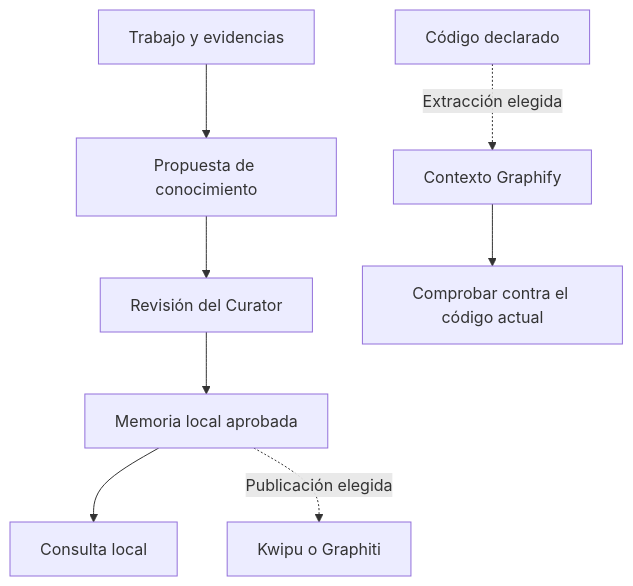
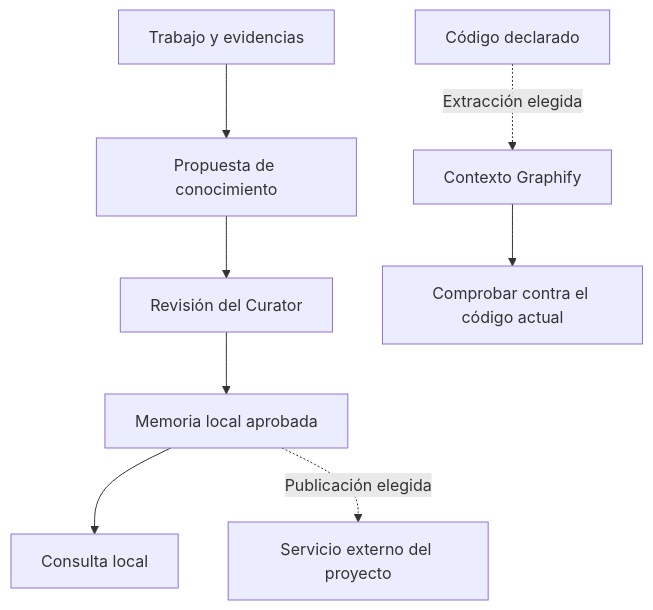
Before and after one commit to daycry/custom-agents: the first of 4 diagrams in docs/guides/memory.md, drawn with Mermaid. The commit also changed other lines of this file and 60 other files, not shown here.

````diff
--- a/docs/guides/memory.md
+++ b/docs/guides/memory.md
@@ -33,10 +33,10 @@
 ```mermaid
 flowchart TD
     A[Trabajo y evidencias] --> B[Propuesta de conocimiento]
     B --> C[Revisión del Curator]
     C --> D[Memoria local aprobada]
     D --> E[Consulta local]
-    D -. Publicación elegida .-> F[Kwipu o Graphiti]
+    D -. Publicación elegida .-> F[Servicio externo del proyecto]
     G[Código declarado] -. Extracción elegida .-> H[Contexto Graphify]
     H --> I[Comprobar contra el código actual]
 ```
````
